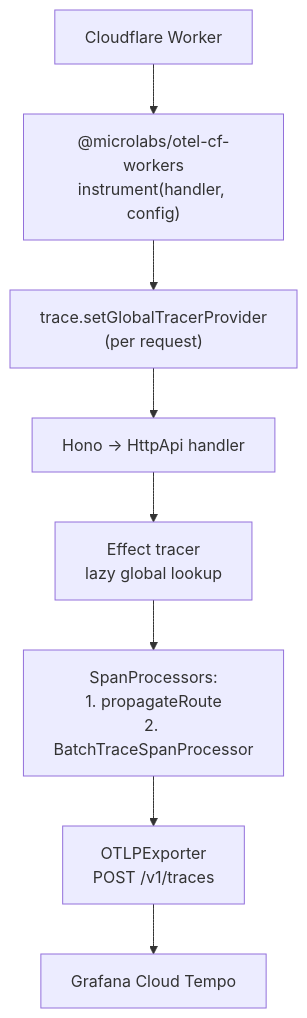
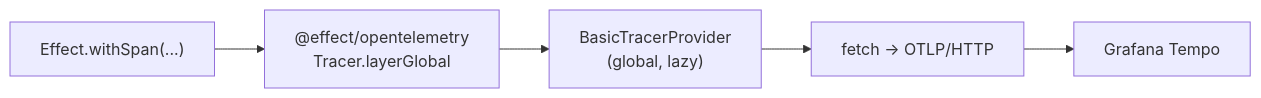
The diagram in apps/docs/content/docs/tracing.mdx (Darna-Digital/darna-stack), drawn with Mermaid before and after one commit. The commit also changed other lines of this file and 21 other files, not shown here.

````diff
--- a/apps/docs/content/docs/tracing.mdx
+++ b/apps/docs/content/docs/tracing.mdx
@@ -16,19 +13,10 @@
 ```mermaid
-flowchart TD
-  CF["Cloudflare Worker"]
-  Instr["@microlabs/otel-cf-workers<br/>instrument(handler, config)"]
-  Trace["trace.setGlobalTracerProvider<br/>(per request)"]
-  Eff["Effect tracer<br/>lazy global lookup"]
-  Hono["Hono → HttpApi handler"]
-  Procs["SpanProcessors:<br/>1. propagateRoute<br/>2. BatchTraceSpanProcessor"]
-  Otlp["OTLPExporter<br/>POST /v1/traces"]
-  Tempo["Grafana Cloud Tempo"]
+flowchart LR
+  Eff["Effect.withSpan(...)"]
+  Bridge["@effect/opentelemetry<br/>Tracer.layerGlobal"]
+  Provider["BasicTracerProvider<br/>(global, lazy)"]
+  Exporter["fetch → OTLP/HTTP"]
+  Grafana["Grafana Tempo"]
 
-  CF --> Instr
-  Instr --> Trace
-  Trace --> Hono
-  Hono --> Eff
-  Eff --> Procs
-  Procs --> Otlp
-  Otlp --> Tempo
+  Eff --> Bridge --> Provider --> Exporter --> Grafana
 ```
````
